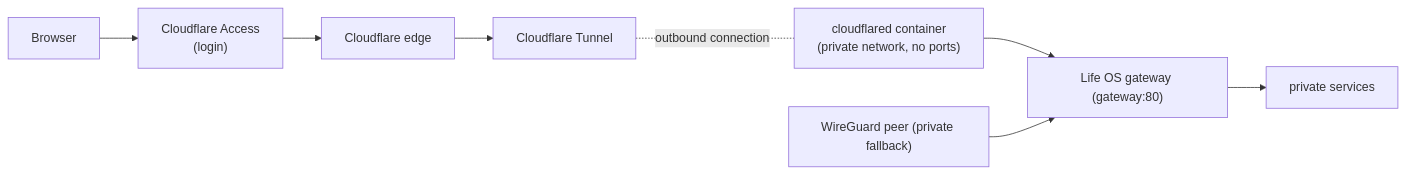
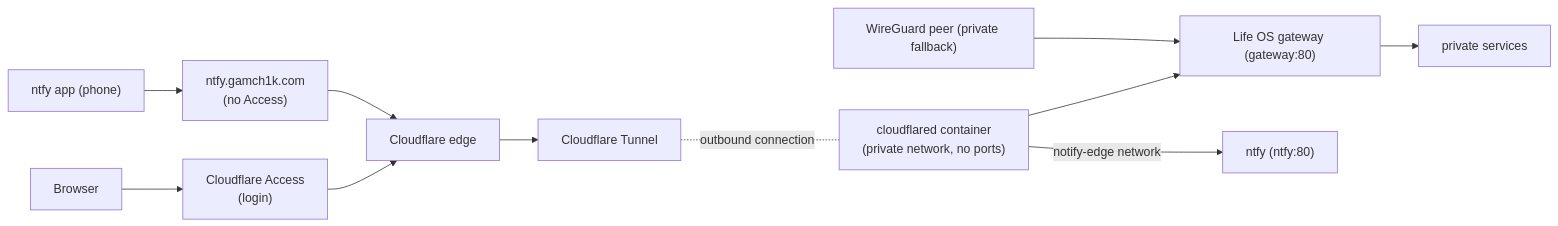
The diagram in docs/operations/cloudflare.md (GAMch1k/life-os), drawn with Mermaid before and after one commit. The commit also changed other lines of this file and 6 other files, not shown here.

First line of the commit message:
P12-02 document ntfy, its route, and the gateway host list

````diff
--- a/docs/operations/cloudflare.md
+++ b/docs/operations/cloudflare.md
@@ -5,7 +7,9 @@
 ```mermaid
 flowchart LR
   Browser --> Access["Cloudflare Access<br>(login)"] --> Edge[Cloudflare edge] --> Tunnel[Cloudflare Tunnel]
   Tunnel -. outbound connection .- cloudflared["cloudflared container<br>(private network, no ports)"]
   cloudflared --> Gateway["Life OS gateway (gateway:80)"] --> Services[private services]
   WireGuard["WireGuard peer (private fallback)"] --> Gateway
+  Phone["ntfy app (phone)"] --> NtfyHost["ntfy.gamch1k.com<br>(no Access)"] --> Edge
+  cloudflared -- "notify-edge network" --> Ntfy["ntfy (ntfy:80)"]
 ```
````
